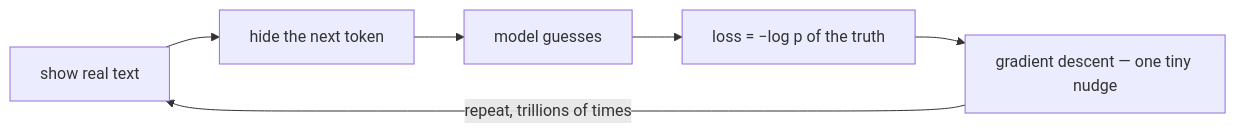
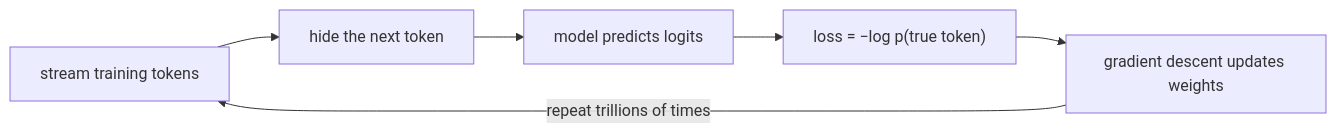
One commit to muhendis/muhendis.github.io changed the second of 3 diagrams in en/blog/posts/how-llms-work.md. Above: the diagram before and after it, drawn with Mermaid. The commit also changed other lines of this file and 7 other files, not shown here.

````diff
--- a/en/blog/posts/how-llms-work.md
+++ b/en/blog/posts/how-llms-work.md
@@ -270,8 +360,8 @@
 ```mermaid
 flowchart LR
-    A["show real text"] --> B["hide the next token"]
-    B --> C["model guesses"]
-    C --> D["loss = −log p of the truth"]
-    D --> E["gradient descent — one tiny nudge"]
-    E -->|"repeat, trillions of times"| A
+    A["stream training tokens"] --> B["hide the next token"]
+    B --> C["model predicts logits"]
+    C --> D["loss = −log p(true token)"]
+    D --> E["gradient descent updates weights"]
+    E -->|"repeat trillions of times"| A
 ```
````
